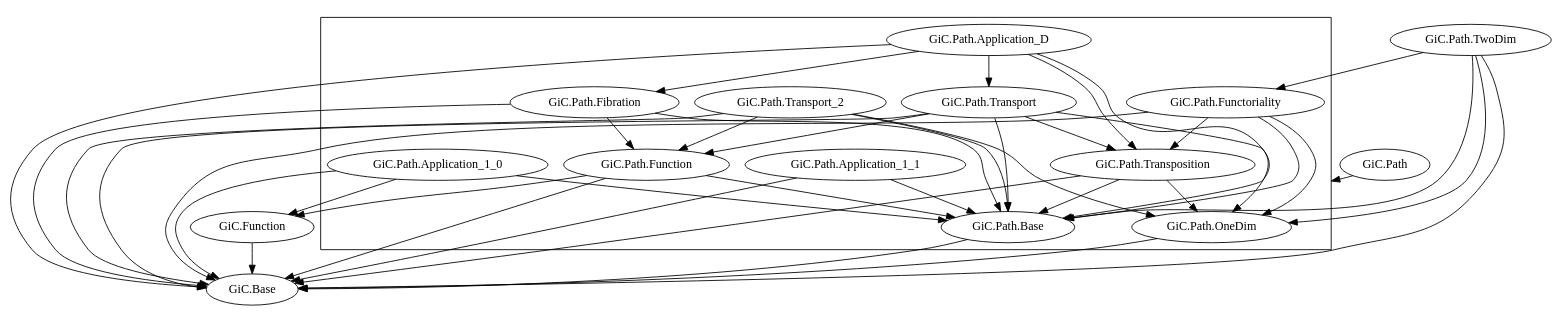
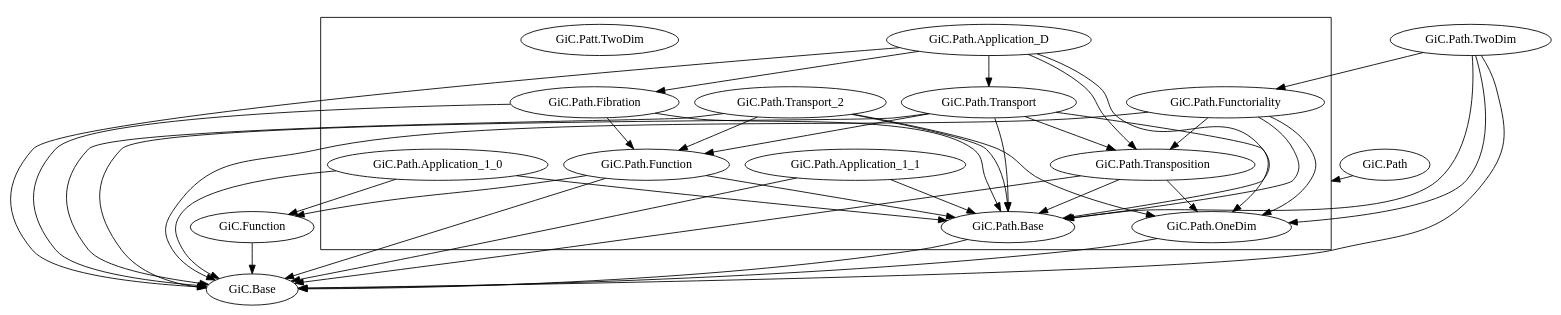
The diagram in documents/libraries.gv (Hexirp/googology-in-coq), drawn with Graphviz before and after one commit. The commit also changed 1 other file, not shown here.

Commit message:
Fix: GiC.Path グループの中に GiC.Path.TwoDim を入れる
入れ忘れていたため。

```diff
--- a/documents/libraries.gv
+++ b/documents/libraries.gv
@@ -1,87 +1,88 @@
 digraph dependency_graph {
   compound = true;
 
   # GiC.Base
 
   # GiC.Function
   "GiC.Function" -> "GiC.Base";
 
   # GiC.Path.Base
   "GiC.Path.Base" -> "GiC.Base";
 
   # GiC.Path.Function
   "GiC.Path.Function" -> "GiC.Base";
   "GiC.Path.Function" -> "GiC.Function";
   "GiC.Path.Function" -> "GiC.Path.Base";
 
   # GiC.Path.OneDim
   "GiC.Path.OneDim" -> "GiC.Base";
 
   # GiC.Path.Transposition
   "GiC.Path.Transposition" -> "GiC.Base";
   "GiC.Path.Transposition" -> "GiC.Path.Base";
   "GiC.Path.Transposition" -> "GiC.Path.OneDim";
 
   # GiC.Path.Functoriality
   "GiC.Path.Functoriality" -> "GiC.Base";
   "GiC.Path.Functoriality" -> "GiC.Path.Base";
   "GiC.Path.Functoriality" -> "GiC.Path.OneDim";
   "GiC.Path.Functoriality" -> "GiC.Path.Transposition";
 
   # GiC.Path.TwoDim
   "GiC.Path.TwoDim" -> "GiC.Base";
   "GiC.Path.TwoDim" -> "GiC.Path.Base";
   "GiC.Path.TwoDim" -> "GiC.Path.OneDim";
   "GiC.Path.TwoDim" -> "GiC.Path.Functoriality";
 
   # GiC.Path.Application_1_0
   "GiC.Path.Application_1_0" -> "GiC.Base";
   "GiC.Path.Application_1_0" -> "GiC.Function";
   "GiC.Path.Application_1_0" -> "GiC.Path.Base";
 
   # GiC.Path.Application_1_1
   "GiC.Path.Application_1_1" -> "GiC.Base";
   "GiC.Path.Application_1_1" -> "GiC.Path.Base";
 
   # GiC.Path.Transport
   "GiC.Path.Transport" -> "GiC.Base";
   "GiC.Path.Transport" -> "GiC.Path.Base";
   "GiC.Path.Transport" -> "GiC.Path.Function";
   "GiC.Path.Transport" -> "GiC.Path.OneDim";
   "GiC.Path.Transport" -> "GiC.Path.Transposition";
 
   # GiC.Path.Fibration
   "GiC.Path.Fibration" -> "GiC.Base";
   "GiC.Path.Fibration" -> "GiC.Path.Base";
   "GiC.Path.Fibration" -> "GiC.Path.Function";
 
   # GiC.Path.Transport_2
   "GiC.Path.Transport_2" -> "GiC.Base";
   "GiC.Path.Transport_2" -> "GiC.Path.Base";
   "GiC.Path.Transport_2" -> "GiC.Path.Function";
   "GiC.Path.Transport_2" -> "GiC.Path.OneDim";
 
   # GiC.Path.Application_D
   "GiC.Path.Application_D" -> "GiC.Base";
   "GiC.Path.Application_D" -> "GiC.Path.Base";
   "GiC.Path.Application_D" -> "GiC.Path.Transposition";
   "GiC.Path.Application_D" -> "GiC.Path.Transport";
   "GiC.Path.Application_D" -> "GiC.Path.Fibration";
 
   # GiC.Path
   subgraph cluster_GiC_Path {
     "GiC.Path.Base";
     "GiC.Path.Function";
     "GiC.Path.OneDim";
+    "GiC.Patt.TwoDim";
     "GiC.Path.Transposition";
     "GiC.Path.Functoriality";
     "GiC.Path.Application_1_0";
     "GiC.Path.Application_1_1";
     "GiC.Path.Transport";
     "GiC.Path.Fibration";
     "GiC.Path.Transport_2";
     "GiC.Path.Application_D";
   }
 
   "GiC.Path" -> "GiC.Path.Base" [lhead = cluster_GiC_Path];
 }
```
